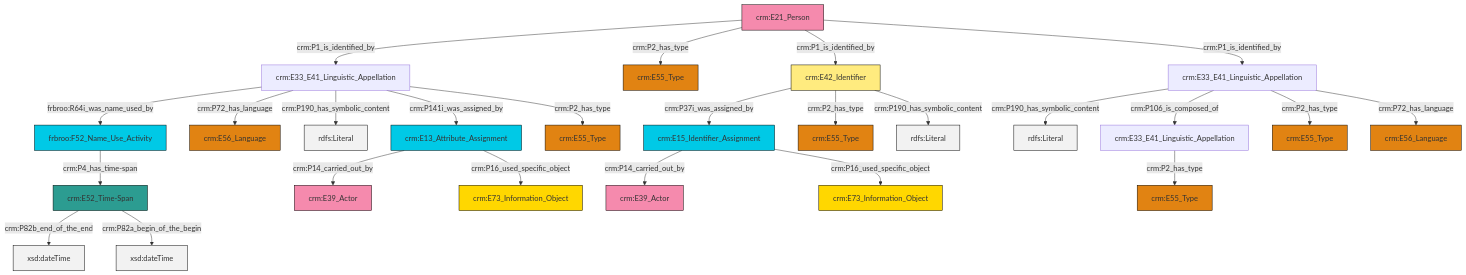
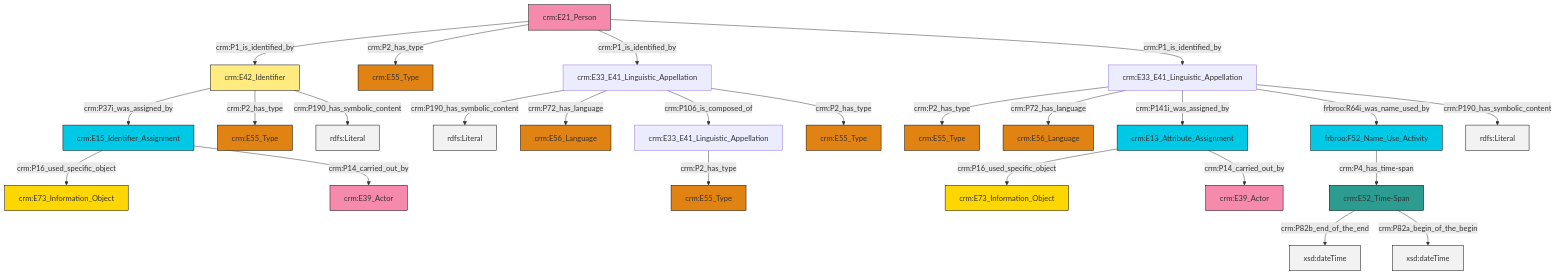
The diagram in et/personCSV/ttl/mmd/Person_Names_and_Classification.ttl.mmd (swiss-art-research-net/reference-data-models), drawn with Mermaid before and after one commit. The commit also changed 125 other files, not shown here.

```diff
--- a/et/personCSV/ttl/mmd/Person_Names_and_Classification.ttl.mmd
+++ b/et/personCSV/ttl/mmd/Person_Names_and_Classification.ttl.mmd
@@ -1,39 +1,39 @@
 graph TD
 classDef Literal fill:#f2f2f2,stroke:#000000;
 classDef CRM_Entity fill:#FFFFFF,stroke:#000000;
 classDef Temporal_Entity fill:#00C9E6, stroke:#000000;
 classDef Type fill:#E18312, stroke:#000000;
 classDef Time-Span fill:#2C9C91, stroke:#000000;
 classDef Appellation fill:#FFEB7F, stroke:#000000;
 classDef Place fill:#008836, stroke:#000000;
 classDef Persistent_Item fill:#B266B2, stroke:#000000;
 classDef Conceptual_Object fill:#FFD700, stroke:#000000;
 classDef Physical_Thing fill:#D2B48C, stroke:#000000;
 classDef Actor fill:#f58aad, stroke:#000000;
 classDef PC_Classes fill:#4ce600, stroke:#000000;
 classDef Multi fill:#cccccc,stroke:#000000;
 
-2["crm:E33_E41_Linguistic_Appellation"]:::Default -->|frbroo:R64i_was_name_used_by| 3["frbroo:F52_Name_Use_Activity"]:::Temporal_Entity
-8["crm:E52_Time-Span"]:::Time-Span -->|crm:P82b_end_of_the_end| 9[xsd:dateTime]:::Literal
-10["crm:E21_Person"]:::Actor -->|crm:P1_is_identified_by| 2["crm:E33_E41_Linguistic_Appellation"]:::Default
-16["crm:E33_E41_Linguistic_Appellation"]:::Default -->|crm:P190_has_symbolic_content| 20[rdfs:Literal]:::Literal
-21["crm:E33_E41_Linguistic_Appellation"]:::Default -->|crm:P2_has_type| 12["crm:E55_Type"]:::Type
-25["crm:E15_Identifier_Assignment"]:::Temporal_Entity -->|crm:P14_carried_out_by| 4["crm:E39_Actor"]:::Actor
-26["crm:E42_Identifier"]:::Appellation -->|crm:P37i_was_assigned_by| 25["crm:E15_Identifier_Assignment"]:::Temporal_Entity
-3["frbroo:F52_Name_Use_Activity"]:::Temporal_Entity -->|crm:P4_has_time-span| 8["crm:E52_Time-Span"]:::Time-Span
-10["crm:E21_Person"]:::Actor -->|crm:P2_has_type| 28["crm:E55_Type"]:::Type
-30["crm:E13_Attribute_Assignment"]:::Temporal_Entity -->|crm:P14_carried_out_by| 31["crm:E39_Actor"]:::Actor
-16["crm:E33_E41_Linguistic_Appellation"]:::Default -->|crm:P106_is_composed_of| 21["crm:E33_E41_Linguistic_Appellation"]:::Default
-2["crm:E33_E41_Linguistic_Appellation"]:::Default -->|crm:P72_has_language| 33["crm:E56_Language"]:::Type
-16["crm:E33_E41_Linguistic_Appellation"]:::Default -->|crm:P2_has_type| 14["crm:E55_Type"]:::Type
-2["crm:E33_E41_Linguistic_Appellation"]:::Default -->|crm:P190_has_symbolic_content| 36[rdfs:Literal]:::Literal
-26["crm:E42_Identifier"]:::Appellation -->|crm:P2_has_type| 18["crm:E55_Type"]:::Type
-10["crm:E21_Person"]:::Actor -->|crm:P1_is_identified_by| 26["crm:E42_Identifier"]:::Appellation
-2["crm:E33_E41_Linguistic_Appellation"]:::Default -->|crm:P141i_was_assigned_by| 30["crm:E13_Attribute_Assignment"]:::Temporal_Entity
-26["crm:E42_Identifier"]:::Appellation -->|crm:P190_has_symbolic_content| 39[rdfs:Literal]:::Literal
-16["crm:E33_E41_Linguistic_Appellation"]:::Default -->|crm:P72_has_language| 6["crm:E56_Language"]:::Type
-25["crm:E15_Identifier_Assignment"]:::Temporal_Entity -->|crm:P16_used_specific_object| 40["crm:E73_Information_Object"]:::Conceptual_Object
-30["crm:E13_Attribute_Assignment"]:::Temporal_Entity -->|crm:P16_used_specific_object| 37["crm:E73_Information_Object"]:::Conceptual_Object
-10["crm:E21_Person"]:::Actor -->|crm:P1_is_identified_by| 16["crm:E33_E41_Linguistic_Appellation"]:::Default
-8["crm:E52_Time-Span"]:::Time-Span -->|crm:P82a_begin_of_the_begin| 45[xsd:dateTime]:::Literal
-2["crm:E33_E41_Linguistic_Appellation"]:::Default -->|crm:P2_has_type| 0["crm:E55_Type"]:::Type
+2["crm:E33_E41_Linguistic_Appellation"]:::Default -->|crm:P2_has_type| 3["crm:E55_Type"]:::Type
+6["crm:E21_Person"]:::Actor -->|crm:P1_is_identified_by| 7["crm:E42_Identifier"]:::Appellation
+11["crm:E33_E41_Linguistic_Appellation"]:::Default -->|crm:P190_has_symbolic_content| 12[rdfs:Literal]:::Literal
+6["crm:E21_Person"]:::Actor -->|crm:P2_has_type| 13["crm:E55_Type"]:::Type
+18["crm:E13_Attribute_Assignment"]:::Temporal_Entity -->|crm:P16_used_specific_object| 19["crm:E73_Information_Object"]:::Conceptual_Object
+2["crm:E33_E41_Linguistic_Appellation"]:::Default -->|crm:P72_has_language| 0["crm:E56_Language"]:::Type
+20["crm:E33_E41_Linguistic_Appellation"]:::Default -->|crm:P2_has_type| 23["crm:E55_Type"]:::Type
+7["crm:E42_Identifier"]:::Appellation -->|crm:P37i_was_assigned_by| 14["crm:E15_Identifier_Assignment"]:::Temporal_Entity
+14["crm:E15_Identifier_Assignment"]:::Temporal_Entity -->|crm:P16_used_specific_object| 24["crm:E73_Information_Object"]:::Conceptual_Object
+6["crm:E21_Person"]:::Actor -->|crm:P1_is_identified_by| 11["crm:E33_E41_Linguistic_Appellation"]:::Default
+28["crm:E52_Time-Span"]:::Time-Span -->|crm:P82b_end_of_the_end| 29[xsd:dateTime]:::Literal
+28["crm:E52_Time-Span"]:::Time-Span -->|crm:P82a_begin_of_the_begin| 31[xsd:dateTime]:::Literal
+2["crm:E33_E41_Linguistic_Appellation"]:::Default -->|crm:P141i_was_assigned_by| 18["crm:E13_Attribute_Assignment"]:::Temporal_Entity
+11["crm:E33_E41_Linguistic_Appellation"]:::Default -->|crm:P72_has_language| 32["crm:E56_Language"]:::Type
+7["crm:E42_Identifier"]:::Appellation -->|crm:P2_has_type| 33["crm:E55_Type"]:::Type
+18["crm:E13_Attribute_Assignment"]:::Temporal_Entity -->|crm:P14_carried_out_by| 35["crm:E39_Actor"]:::Actor
+14["crm:E15_Identifier_Assignment"]:::Temporal_Entity -->|crm:P14_carried_out_by| 4["crm:E39_Actor"]:::Actor
+11["crm:E33_E41_Linguistic_Appellation"]:::Default -->|crm:P106_is_composed_of| 20["crm:E33_E41_Linguistic_Appellation"]:::Default
+9["frbroo:F52_Name_Use_Activity"]:::Temporal_Entity -->|crm:P4_has_time-span| 28["crm:E52_Time-Span"]:::Time-Span
+2["crm:E33_E41_Linguistic_Appellation"]:::Default -->|frbroo:R64i_was_name_used_by| 9["frbroo:F52_Name_Use_Activity"]:::Temporal_Entity
+7["crm:E42_Identifier"]:::Appellation -->|crm:P190_has_symbolic_content| 41[rdfs:Literal]:::Literal
+2["crm:E33_E41_Linguistic_Appellation"]:::Default -->|crm:P190_has_symbolic_content| 44[rdfs:Literal]:::Literal
+11["crm:E33_E41_Linguistic_Appellation"]:::Default -->|crm:P2_has_type| 16["crm:E55_Type"]:::Type
+6["crm:E21_Person"]:::Actor -->|crm:P1_is_identified_by| 2["crm:E33_E41_Linguistic_Appellation"]:::Default
```
